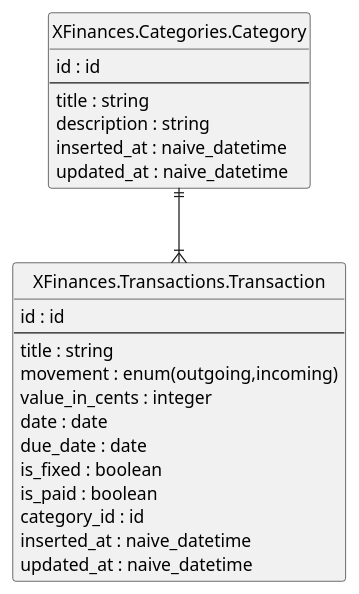
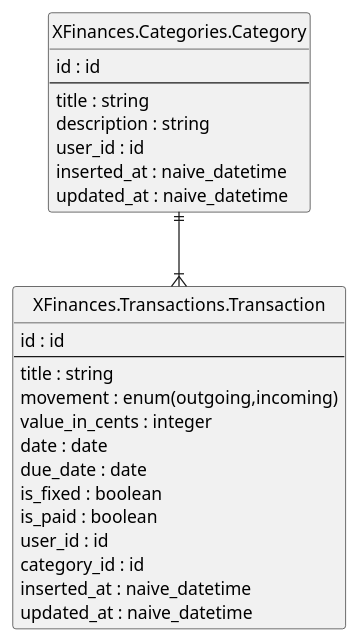
Before and after one commit to lpopedv/x_finances_api: the diagram in priv/repo/erd.plantuml, drawn with PlantUML. The commit also changed 7 other files, not shown here.

```diff
--- a/priv/repo/erd.plantuml
+++ b/priv/repo/erd.plantuml
@@ -1,37 +1,39 @@
 @startuml
 
 set namespaceSeparator none
 hide circle
 hide methods
 
 skinparam linetype ortho
 skinparam defaultFontName Roboto Mono
 skinparam shadowing false
 
 
 entity XFinances.Categories.Category {
   id : id
   --
   title : string
   description : string
+  user_id : id
   inserted_at : naive_datetime
   updated_at : naive_datetime
 }
 
 entity XFinances.Transactions.Transaction {
   id : id
   --
   title : string
   movement : enum(outgoing,incoming)
   value_in_cents : integer
   date : date
   due_date : date
   is_fixed : boolean
   is_paid : boolean
+  user_id : id
   category_id : id
   inserted_at : naive_datetime
   updated_at : naive_datetime
 }
 
 XFinances.Categories.Category ||--|{ XFinances.Transactions.Transaction
 @enduml
```
